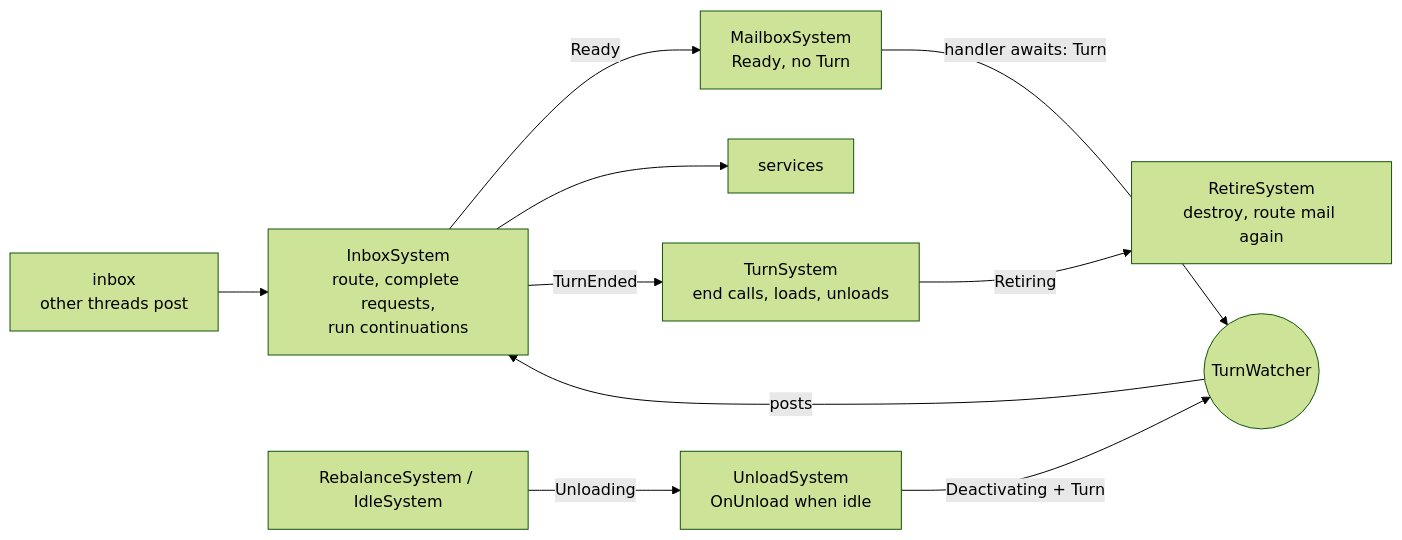
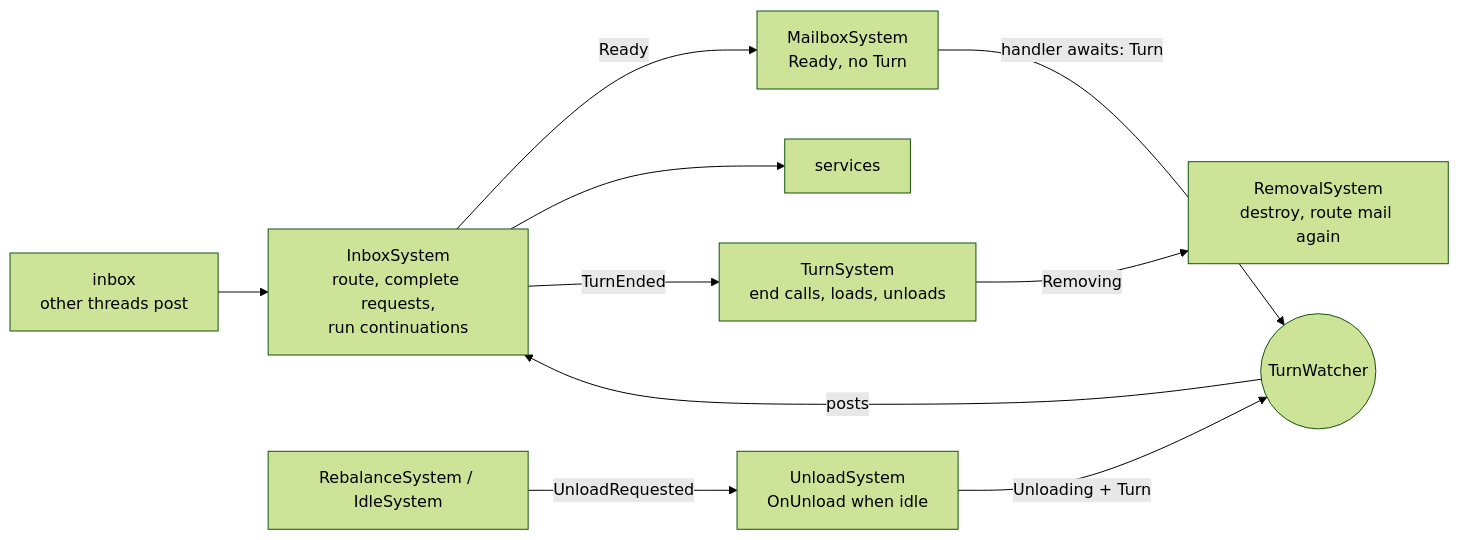
Before and after one commit to JasonXuDeveloper/DaServer: the fourth of 4 diagrams in doc/design.md, drawn with Mermaid (forest theme). The commit also changed other lines of this file and 4 other files, not shown here.

````diff
--- a/doc/design.md
+++ b/doc/design.md
@@ -271,12 +271,12 @@
 ```mermaid
 flowchart LR
     IN[inbox<br/>other threads post] --> I[InboxSystem<br/>route, complete requests,<br/>run continuations]
     I -->|Ready| M[MailboxSystem<br/>Ready, no Turn]
     I --> S[services]
     M -->|handler awaits: Turn| W((TurnWatcher))
     W -->|posts| I
     I -->|TurnEnded| T[TurnSystem<br/>end calls, loads, unloads]
-    T -->|Retiring| RT[RetireSystem<br/>destroy, route mail again]
-    R[RebalanceSystem / IdleSystem] -->|Unloading| U[UnloadSystem<br/>OnUnload when idle]
-    U -->|Deactivating + Turn| W
+    T -->|Removing| RT[RemovalSystem<br/>destroy, route mail again]
+    R[RebalanceSystem / IdleSystem] -->|UnloadRequested| U[UnloadSystem<br/>OnUnload when idle]
+    U -->|Unloading + Turn| W
 ```
````
